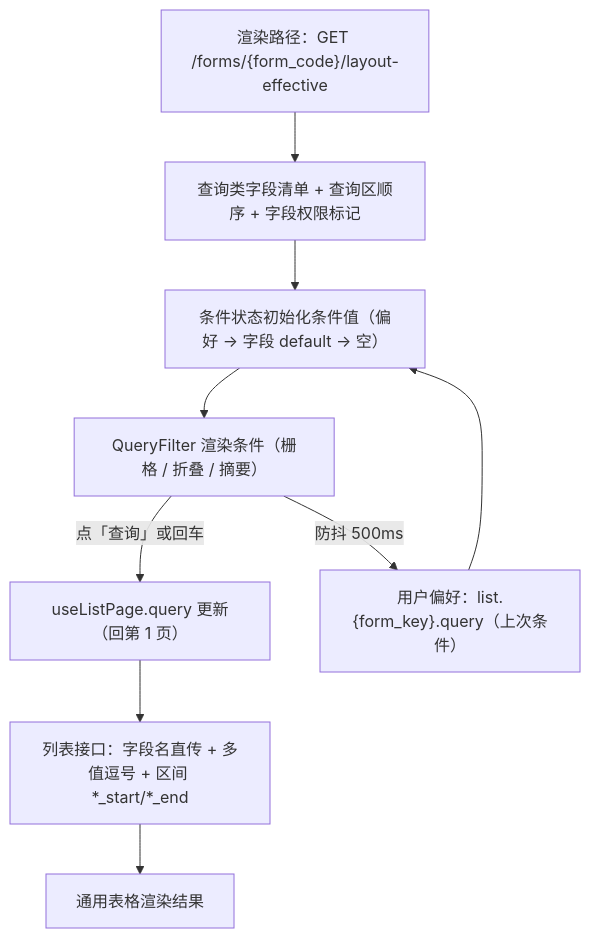
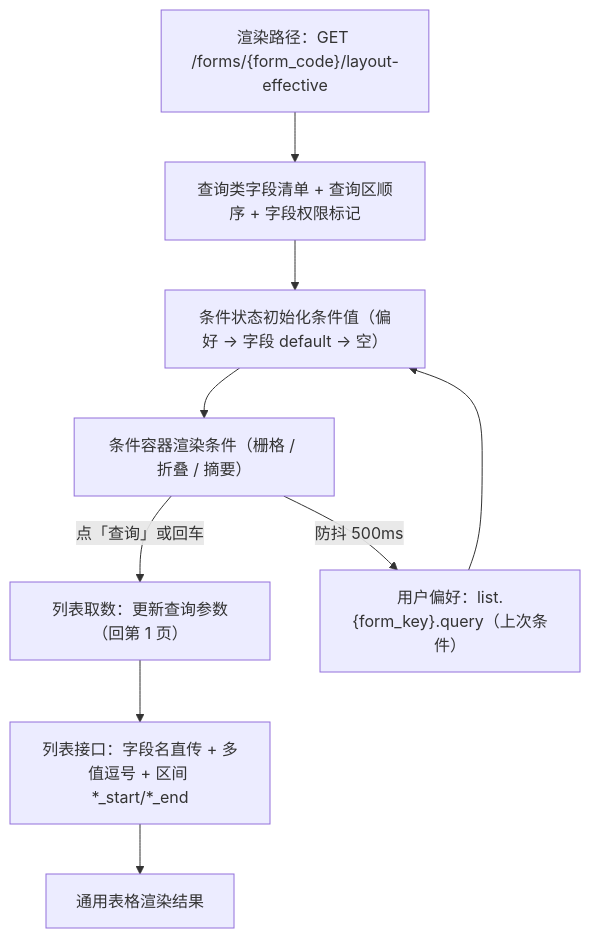
The diagram in bms文档/设计/组件设计/07_展示类/02_组件设计_查询筛选区/02_组件设计_查询筛选区.md (minjian123/basic-management-system), drawn with Mermaid before and after one commit. The commit also changed other lines of this file and 238 other files, not shown here.

````diff
--- a/bms文档/设计/组件设计/07_展示类/02_组件设计_查询筛选区/02_组件设计_查询筛选区.md
+++ b/bms文档/设计/组件设计/07_展示类/02_组件设计_查询筛选区/02_组件设计_查询筛选区.md
@@ -67,11 +55,11 @@
 ```mermaid
 flowchart TD
     A["渲染路径：GET /forms/{form_code}/layout-effective"] --> B["查询类字段清单 + 查询区顺序 + 字段权限标记"]
     C["用户偏好：list.{form_key}.query（上次条件）"] --> D["条件状态初始化条件值（偏好 → 字段 default → 空）"]
     B --> D
-    D --> E["QueryFilter 渲染条件（栅格 / 折叠 / 摘要）"]
-    E -->|"点「查询」或回车"| F["useListPage.query 更新（回第 1 页）"]
+    D --> E["条件容器渲染条件（栅格 / 折叠 / 摘要）"]
+    E -->|"点「查询」或回车"| F["列表取数：更新查询参数（回第 1 页）"]
     F --> G["列表接口：字段名直传 + 多值逗号 + 区间 *_start/*_end"]
     G --> H["通用表格渲染结果"]
     E -->|"防抖 500ms"| C
 ```
````
